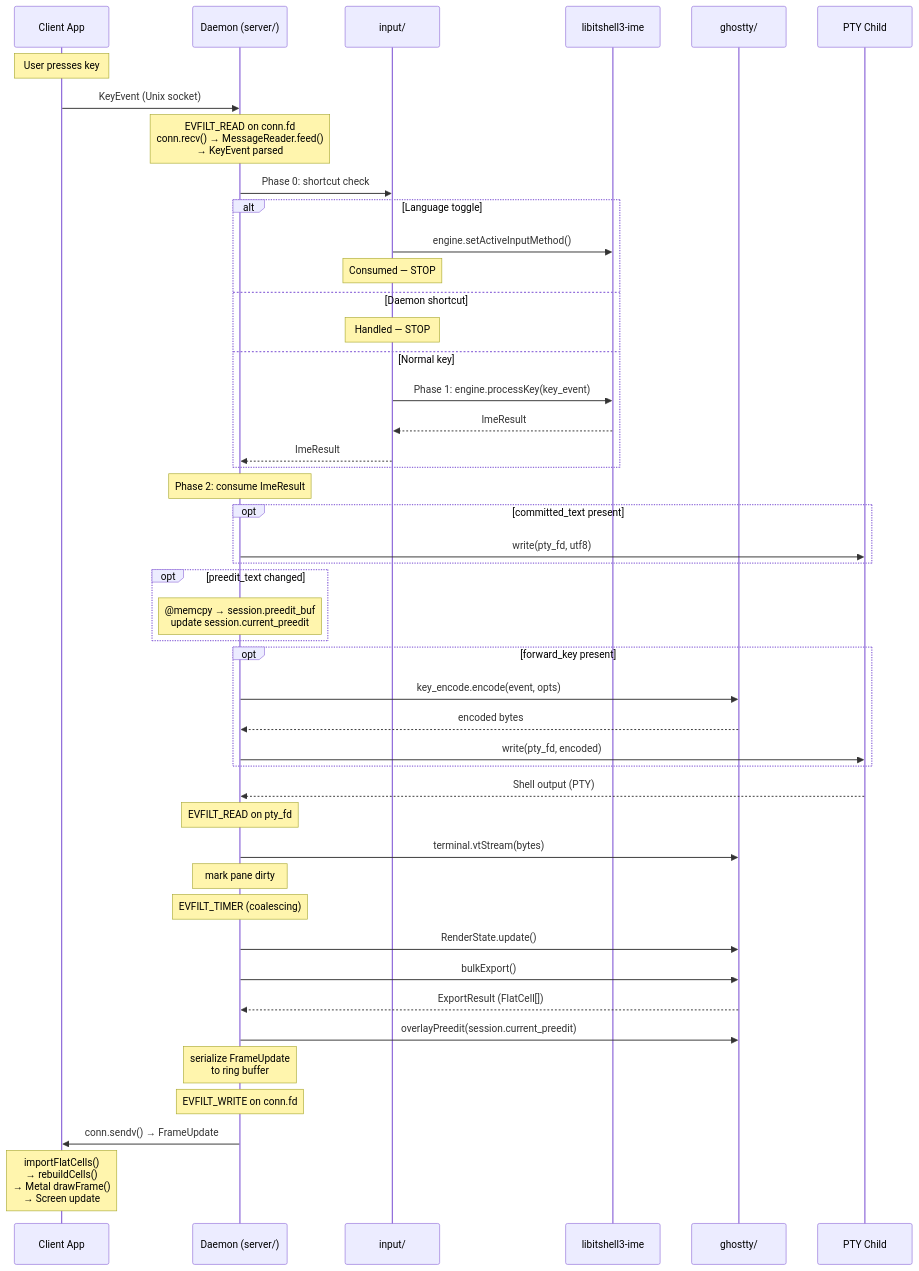
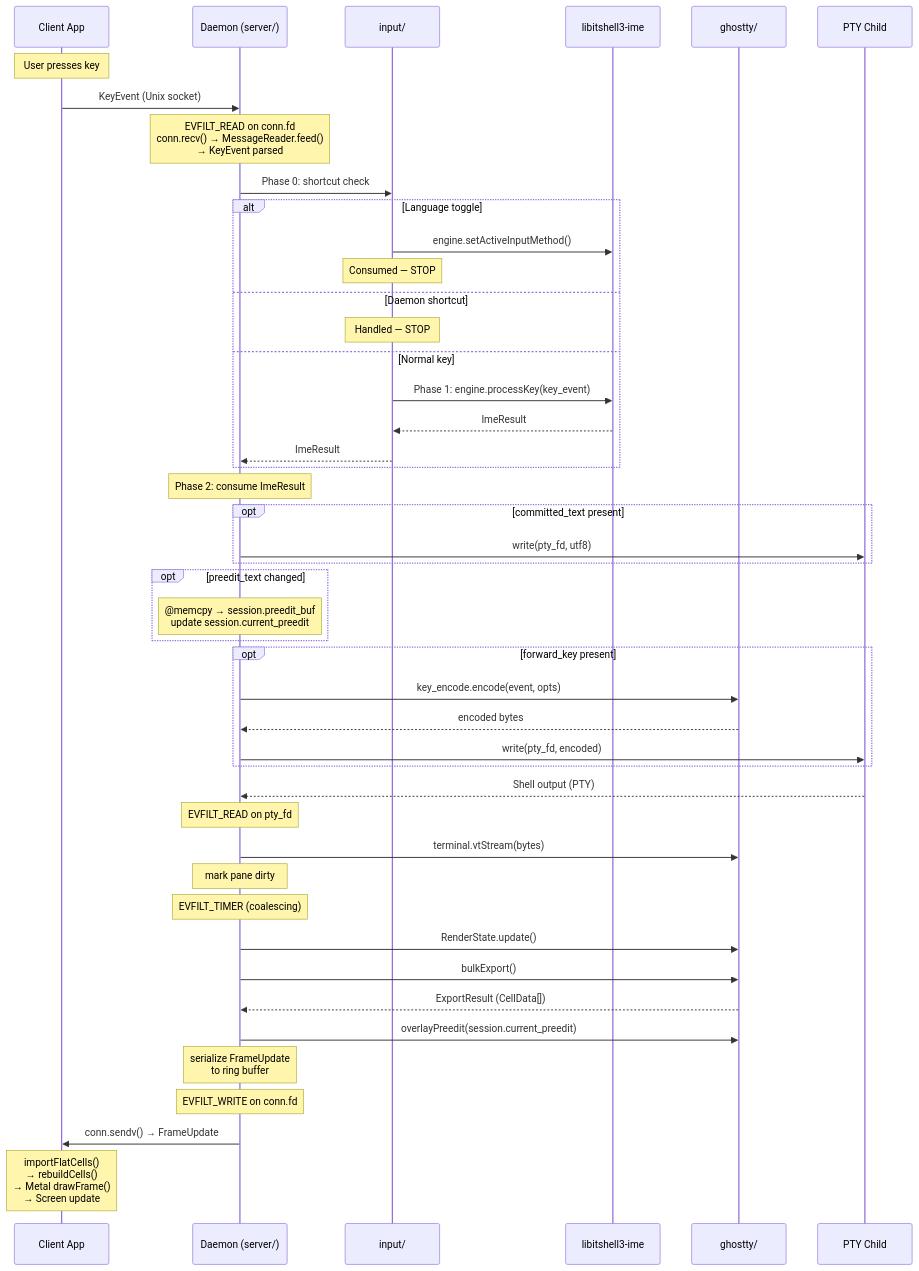
One commit to powdream-org/it-shell3 changed the second of 3 diagrams in docs/modules/libitshell3/02-design-docs/daemon-architecture/draft/v1.0-r8/02-state-and-types.md. Above: the diagram before and after it, drawn with Mermaid. The commit also changed other lines of this file and 11 other files, not shown here.

````diff
--- a/docs/modules/libitshell3/02-design-docs/daemon-architecture/draft/v1.0-r8/02-state-and-types.md
+++ b/docs/modules/libitshell3/02-design-docs/daemon-architecture/draft/v1.0-r8/02-state-and-types.md
@@ -301,57 +301,57 @@
 ```mermaid
 sequenceDiagram
     participant C as Client App
     participant S as Daemon (server/)
     participant I as input/
     participant E as libitshell3-ime
     participant G as ghostty/
     participant P as PTY Child
 
     Note over C: User presses key
     C->>S: KeyEvent (Unix socket)
     Note over S: EVFILT_READ on conn.fd<br/>conn.recv() → MessageReader.feed()<br/>→ KeyEvent parsed
 
     S->>I: Phase 0: shortcut check
     alt Language toggle
         I->>E: engine.setActiveInputMethod()
         Note over I: Consumed — STOP
     else Daemon shortcut
         Note over I: Handled — STOP
     else Normal key
         I->>E: Phase 1: engine.processKey(key_event)
         E-->>I: ImeResult
         I-->>S: ImeResult
     end
 
     Note over S: Phase 2: consume ImeResult
 
     opt committed_text present
         S->>P: write(pty_fd, utf8)
     end
     opt preedit_text changed
         Note over S: @memcpy → session.preedit_buf<br/>update session.current_preedit
     end
     opt forward_key present
         S->>G: key_encode.encode(event, opts)
         G-->>S: encoded bytes
         S->>P: write(pty_fd, encoded)
     end
 
     P-->>S: Shell output (PTY)
     Note over S: EVFILT_READ on pty_fd
 
     S->>G: terminal.vtStream(bytes)
     Note over S: mark pane dirty
 
     Note over S: EVFILT_TIMER (coalescing)
     S->>G: RenderState.update()
     S->>G: bulkExport()
-    G-->>S: ExportResult (FlatCell[])
+    G-->>S: ExportResult (CellData[])
     S->>G: overlayPreedit(session.current_preedit)
     Note over S: serialize FrameUpdate<br/>to ring buffer
 
     Note over S: EVFILT_WRITE on conn.fd
     S->>C: conn.sendv() → FrameUpdate
 
     Note over C: importFlatCells()<br/>→ rebuildCells()<br/>→ Metal drawFrame()<br/>→ Screen update
 ```
````
